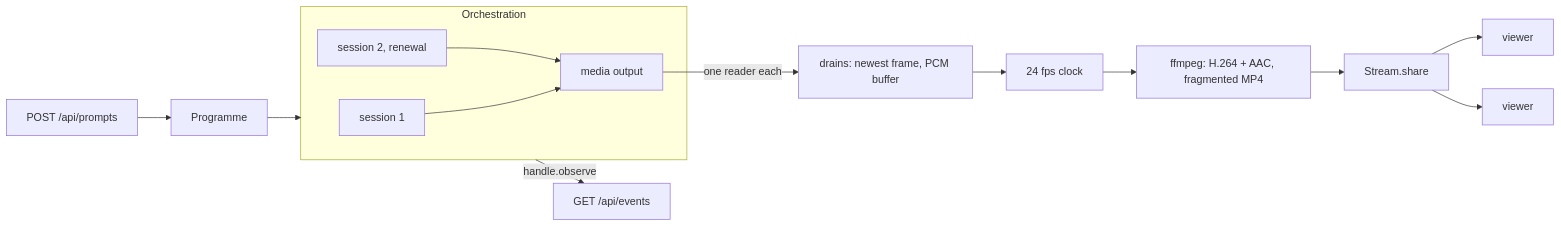
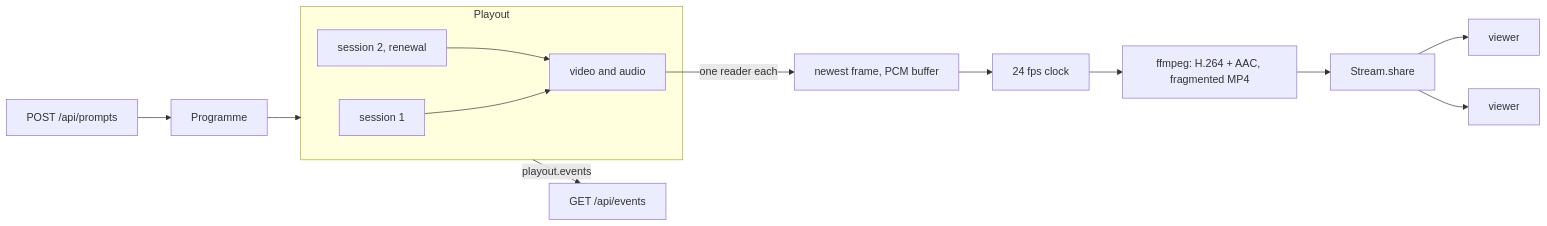
The diagram in examples/livestream/README.md (mannyc2/reactor-effect-client), drawn with Mermaid before and after one commit. The commit also changed other lines of this file and 3 other files, not shown here.

````diff
--- a/examples/livestream/README.md
+++ b/examples/livestream/README.md
@@ -42,12 +42,12 @@
 ```mermaid
 flowchart LR
-  subgraph Orchestration
-    S1[session 1] --> O[media output]
+  subgraph Playout
+    S1[session 1] --> O[video and audio]
     S2[session 2, renewal] --> O
   end
-  O -- one reader each --> D[drains: newest frame, PCM buffer]
+  O -- one reader each --> D[newest frame, PCM buffer]
   D --> C[24 fps clock] --> F[ffmpeg: H.264 + AAC, fragmented MP4]
   F --> SH[Stream.share] --> V1[viewer] & V2[viewer]
-  P[POST /api/prompts] --> E[Programme] --> Orchestration
-  Orchestration -- handle.observe --> EV[GET /api/events]
+  P[POST /api/prompts] --> E[Programme] --> Playout
+  Playout -- playout.events --> EV[GET /api/events]
 ```
````
